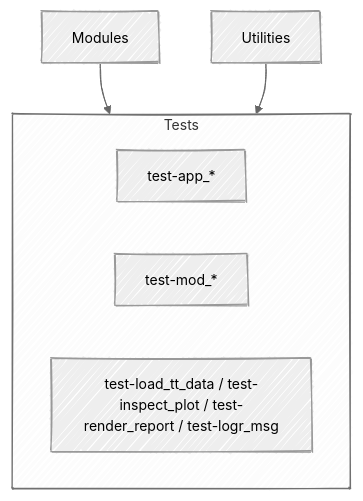
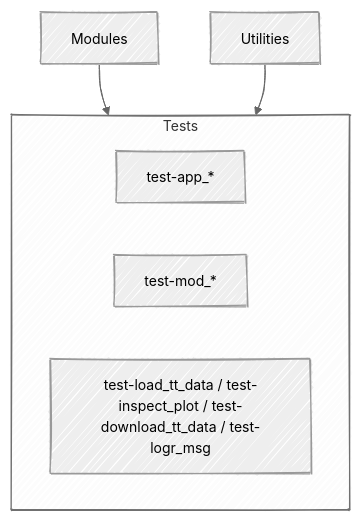
Before and after one commit to mjfrigaard/ttdviewer: the fourth of 4 diagrams in README.md, drawn with Mermaid. The commit also changed other lines of this file and 87 other files, not shown here.

````diff
--- a/README.md
+++ b/README.md
@@ -98,11 +95,11 @@
 ``` mermaid
 %%{init: {'theme': 'neutral', 'look': 'handDrawn', 'themeVariables': { 'fontFamily': 'monospace', 'fontSize':'14px'}}}%%
 flowchart TB
   subgraph Tests
     TestApp["test-app_*"]
     TestModules["test-mod_*"]
-    TestUtils["test-load_tt_data / test-inspect_plot / test-render_report / test-logr_msg"]
+    TestUtils["test-load_tt_data / test-inspect_plot / test-download_tt_data / test-logr_msg"]
   end
   Modules --> Tests
   Utilities --> Tests
 ```
````
